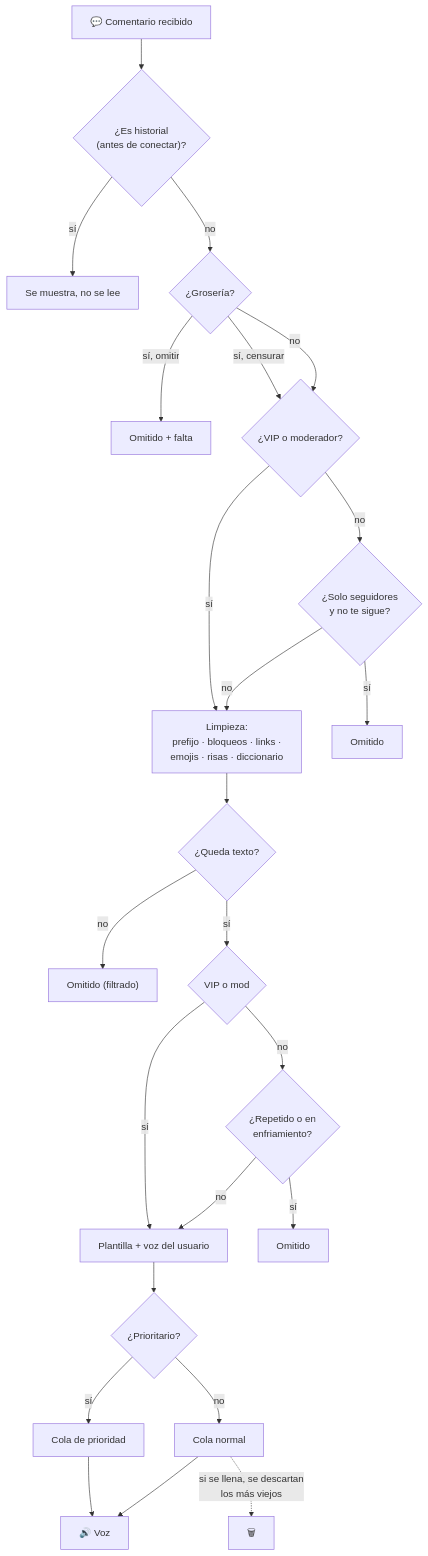
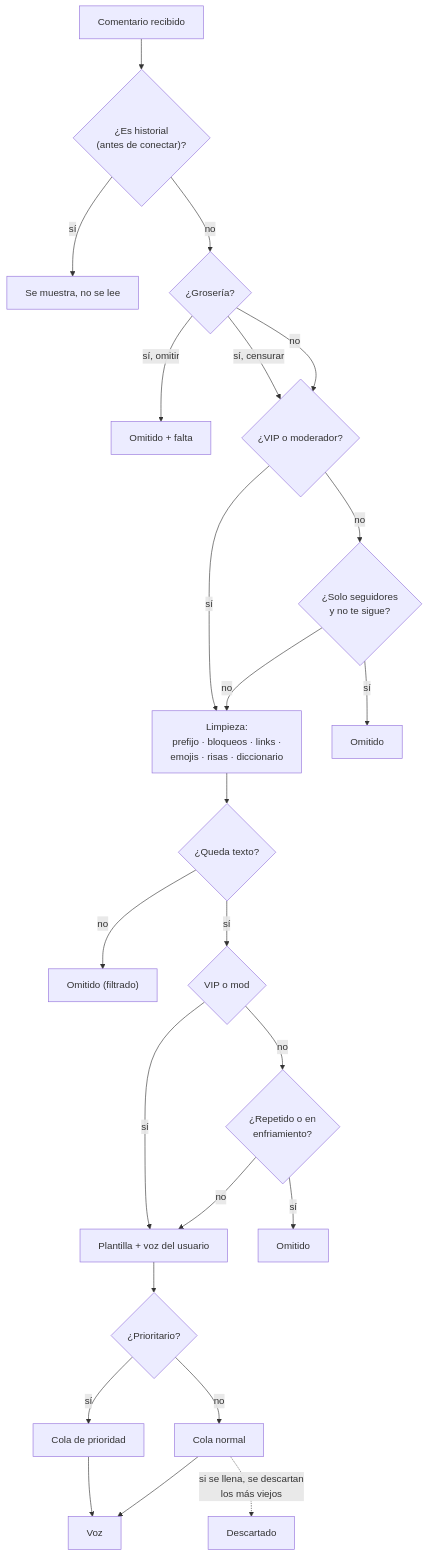
One commit to Bryan-Herrera-DEV/tikvoz changed the sixth of 6 diagrams in README.md. Above: the diagram before and after it, drawn with Mermaid. The commit also changed other lines of this file, not shown here.

````diff
--- a/README.md
+++ b/README.md
@@ -323,26 +323,26 @@
 ```mermaid
 flowchart TD
-    C["💬 Comentario recibido"] --> H{"¿Es historial<br/>(antes de conectar)?"}
+    C["Comentario recibido"] --> H{"¿Es historial<br/>(antes de conectar)?"}
     H -- sí --> F1["Se muestra, no se lee"]
     H -- no --> G{"¿Grosería?"}
     G -- "sí, omitir" --> XG["Omitido + falta"]
     G -- "sí, censurar" --> P
     G -- no --> P{"¿VIP o moderador?"}
     P -- sí --> CL
     P -- no --> SF{"¿Solo seguidores<br/>y no te sigue?"}
     SF -- sí --> X1["Omitido"]
     SF -- no --> CL["Limpieza:<br/>prefijo · bloqueos · links ·<br/>emojis · risas · diccionario"]
     CL --> V{"¿Queda texto?"}
     V -- no --> X2["Omitido (filtrado)"]
     V -- sí --> R{"VIP o mod"}
     R -- sí --> Q
     R -- no --> AS{"¿Repetido o en<br/>enfriamiento?"}
     AS -- sí --> X3["Omitido"]
     AS -- no --> Q["Plantilla + voz del usuario"]
     Q --> PR{"¿Prioritario?"}
     PR -- sí --> QP["Cola de prioridad"]
     PR -- no --> QN["Cola normal"]
-    QP --> T["🔊 Voz"]
+    QP --> T["Voz"]
     QN --> T
-    QN -. "si se llena, se descartan<br/>los más viejos" .-> D["🗑"]
+    QN -. "si se llena, se descartan<br/>los más viejos" .-> D["Descartado"]
 ```
````
